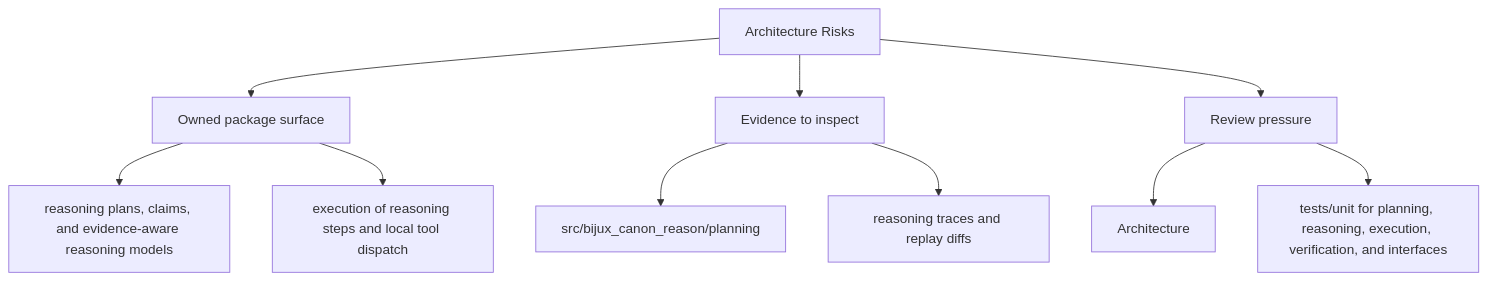
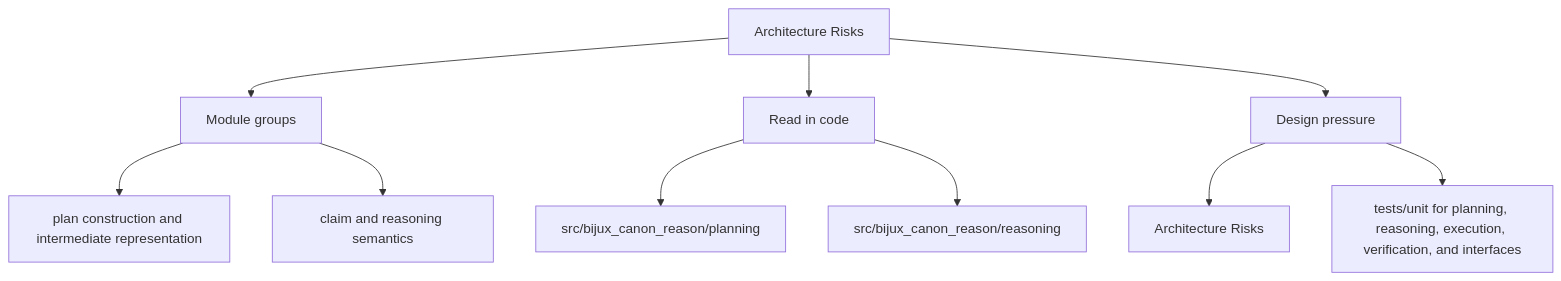
The second of 2 diagrams in docs/bijux-canon-reason/architecture/architecture-risks.md (bijux/bijux-canon), drawn with Mermaid before and after one commit. The commit also changed other lines of this file and 250 other files, not shown here.

Commit message:
docs(diagrams): make product page maps more readable

````diff
--- a/docs/bijux-canon-reason/architecture/architecture-risks.md
+++ b/docs/bijux-canon-reason/architecture/architecture-risks.md
@@ -34,22 +34,22 @@
 ```mermaid
 flowchart TD
     page["Architecture Risks"]
-    focus1["Owned package surface"]
+    focus1["Module groups"]
     page --> focus1
-    focus1_1["reasoning plans, claims, and evidence-aware reasoning models"]
+    focus1_1["plan construction and intermediate representation"]
     focus1 --> focus1_1
-    focus1_2["execution of reasoning steps and local tool dispatch"]
+    focus1_2["claim and reasoning semantics"]
     focus1 --> focus1_2
-    focus2["Evidence to inspect"]
+    focus2["Read in code"]
     page --> focus2
     focus2_1["src/bijux_canon_reason/planning"]
     focus2 --> focus2_1
-    focus2_2["reasoning traces and replay diffs"]
+    focus2_2["src/bijux_canon_reason/reasoning"]
     focus2 --> focus2_2
-    focus3["Review pressure"]
+    focus3["Design pressure"]
     page --> focus3
-    focus3_1["Architecture"]
+    focus3_1["Architecture Risks"]
     focus3 --> focus3_1
     focus3_2["tests/unit for planning, reasoning, execution, verification, and interfaces"]
     focus3 --> focus3_2
 ```
````
